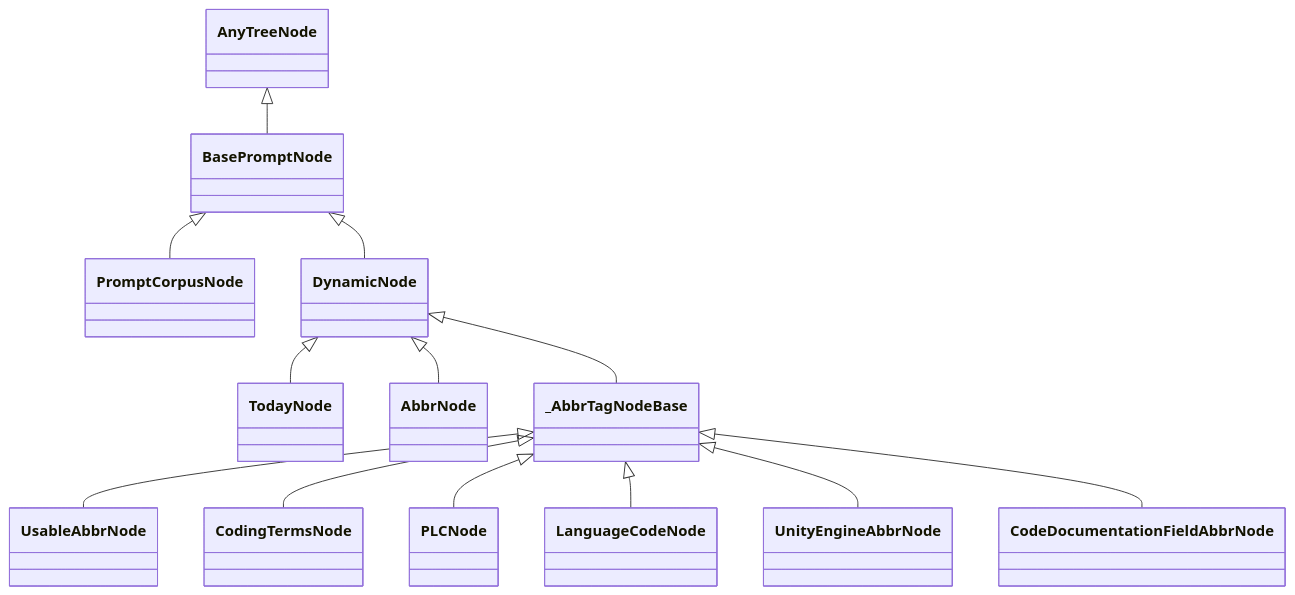
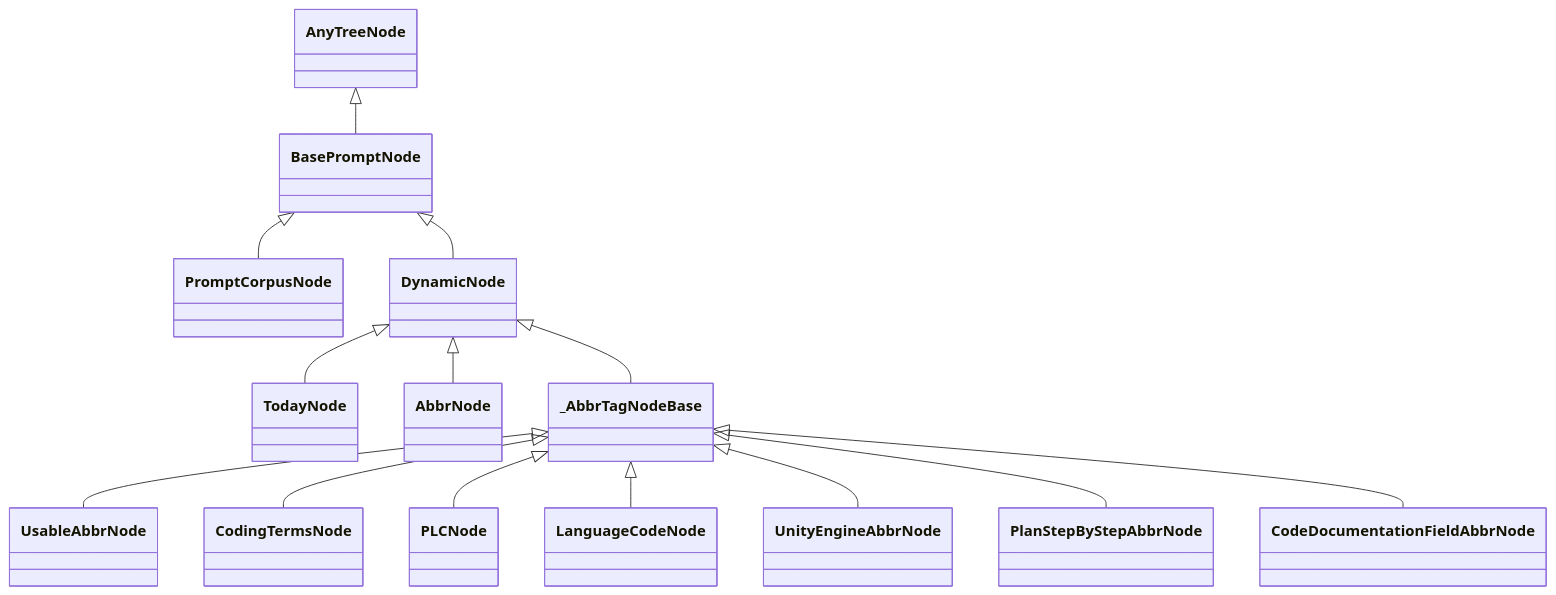
Before and after one commit to kami-lel/kaye-engine: the diagram in docs/programmatic-api-doc.md, drawn with Mermaid. The commit also changed other lines of this file and 1 other file, not shown here.

First line of the commit message:
resolve FIXME gap-review notes; fix doc scope, add missing node

````diff
--- a/docs/programmatic-api-doc.md
+++ b/docs/programmatic-api-doc.md
@@ -227,15 +225,16 @@
 ```mermaid
 classDiagram
     AnyTreeNode <|-- BasePromptNode
     BasePromptNode <|-- PromptCorpusNode
     BasePromptNode <|-- DynamicNode
     DynamicNode <|-- TodayNode
     DynamicNode <|-- AbbrNode
     DynamicNode <|-- _AbbrTagNodeBase
     _AbbrTagNodeBase <|-- UsableAbbrNode
     _AbbrTagNodeBase <|-- CodingTermsNode
     _AbbrTagNodeBase <|-- PLCNode
     _AbbrTagNodeBase <|-- LanguageCodeNode
     _AbbrTagNodeBase <|-- UnityEngineAbbrNode
+    _AbbrTagNodeBase <|-- PlanStepByStepAbbrNode
     _AbbrTagNodeBase <|-- CodeDocumentationFieldAbbrNode
 ```
````
